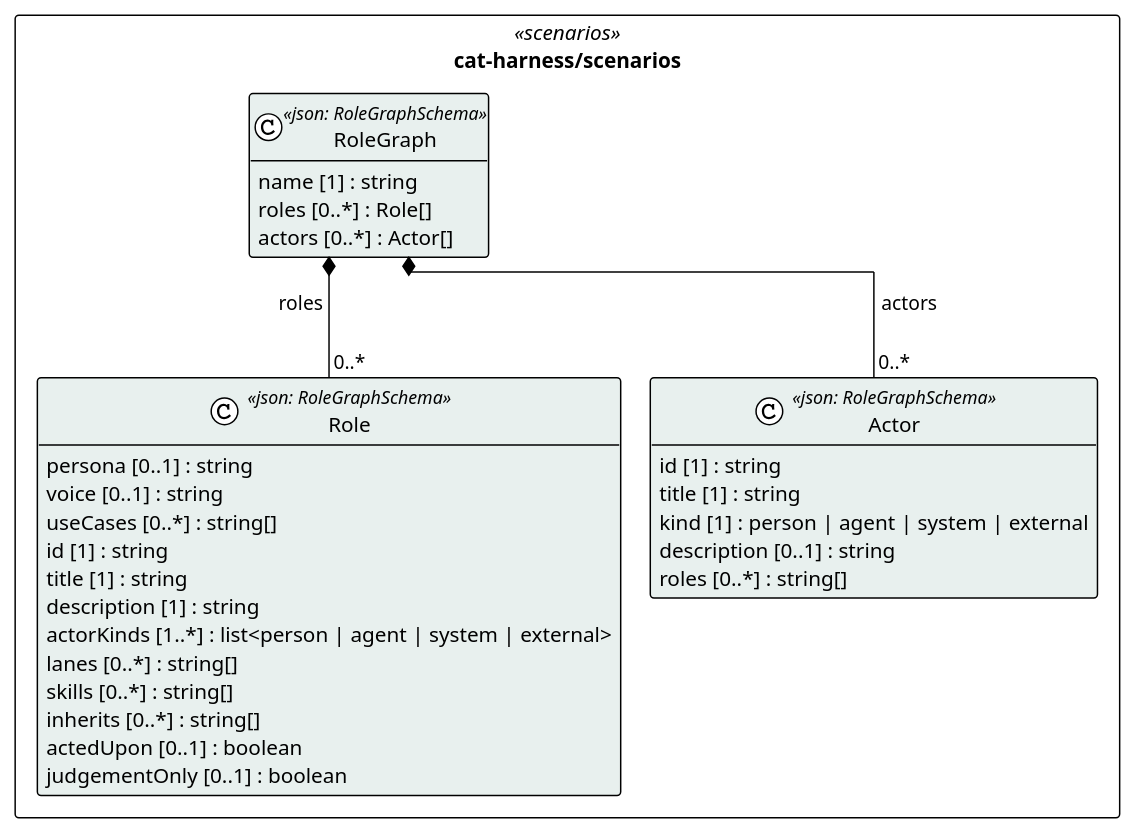
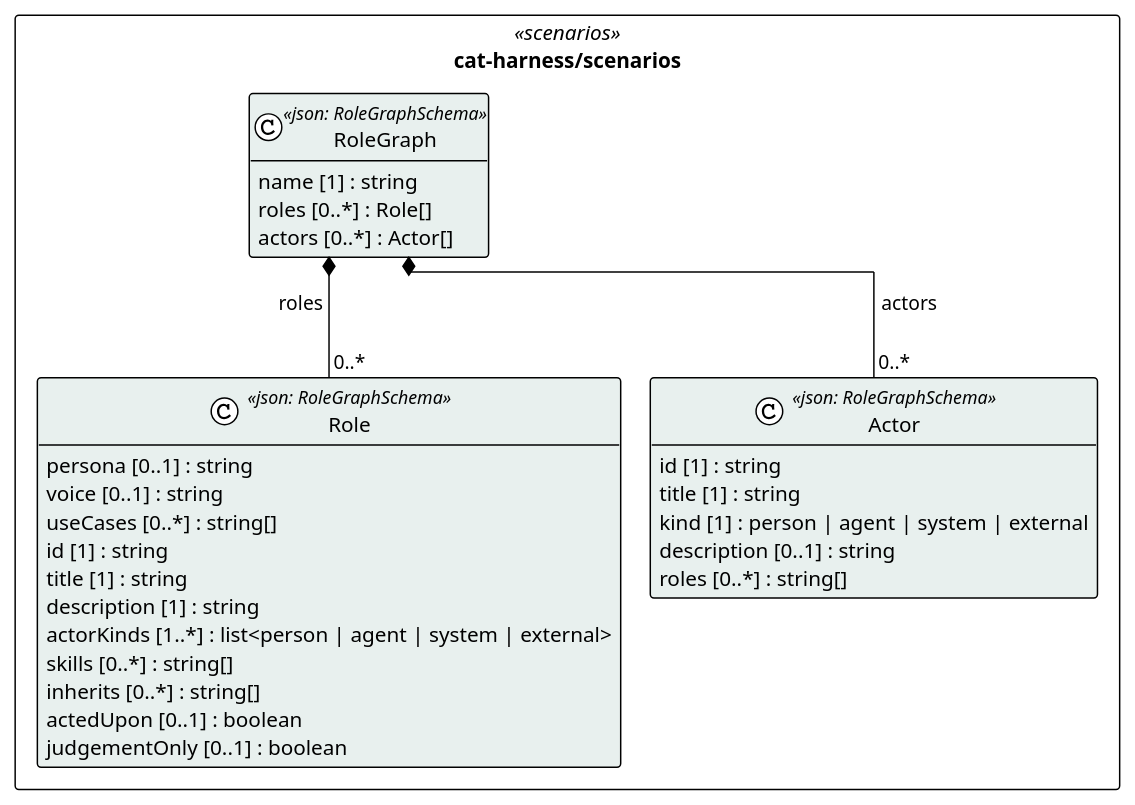
The diagram in cat-harness/uml/overview/cat-harness/scenarios.puml (litlfred/folio-assistant), drawn with PlantUML before and after one commit. The commit also changed 511 other files, not shown here.

```diff
--- a/cat-harness/uml/overview/cat-harness/scenarios.puml
+++ b/cat-harness/uml/overview/cat-harness/scenarios.puml
@@ -3,40 +3,39 @@
 @startuml cat_harness_scenarios
 !pragma layout elk
 !theme plain
 skinparam classAttributeIconSize 0
 skinparam shadowing false
 skinparam packageStyle rectangle
 hide empty methods
 
 package "cat-harness/scenarios" as pkg_cat_harness_scenarios <<scenarios>> {
   class "Role" as cat_harness_scenarios_Role <<json: RoleGraphSchema>> #e8f0ee {
     persona [0..1] : string
     voice [0..1] : string
     useCases [0..*] : string[]
     id [1] : string
     title [1] : string
     description [1] : string
     actorKinds [1..*] : list<person | agent | system | external>
-    lanes [0..*] : string[]
     skills [0..*] : string[]
     inherits [0..*] : string[]
     actedUpon [0..1] : boolean
     judgementOnly [0..1] : boolean
   }
   class "Actor" as cat_harness_scenarios_Actor <<json: RoleGraphSchema>> #e8f0ee {
     id [1] : string
     title [1] : string
     kind [1] : person | agent | system | external
     description [0..1] : string
     roles [0..*] : string[]
   }
   class "RoleGraph" as cat_harness_scenarios_RoleGraph <<json: RoleGraphSchema>> #e8f0ee {
     name [1] : string
     roles [0..*] : Role[]
     actors [0..*] : Actor[]
   }
 }
 
 cat_harness_scenarios_RoleGraph *-- "0..*" cat_harness_scenarios_Role : roles
 cat_harness_scenarios_RoleGraph *-- "0..*" cat_harness_scenarios_Actor : actors
 @enduml
```
